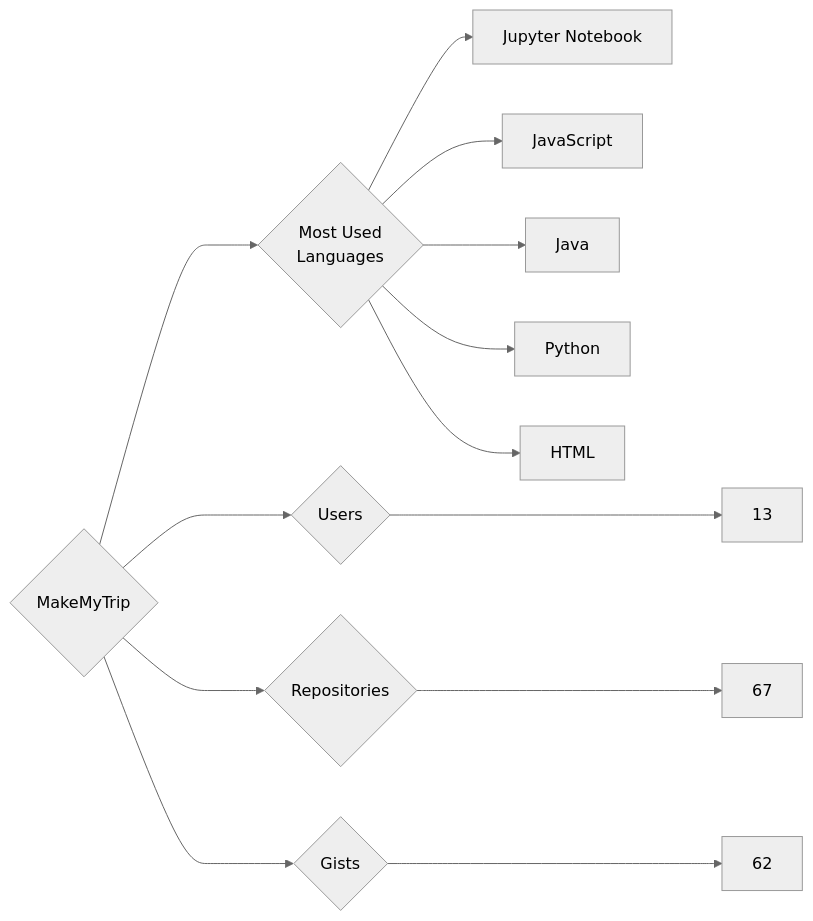
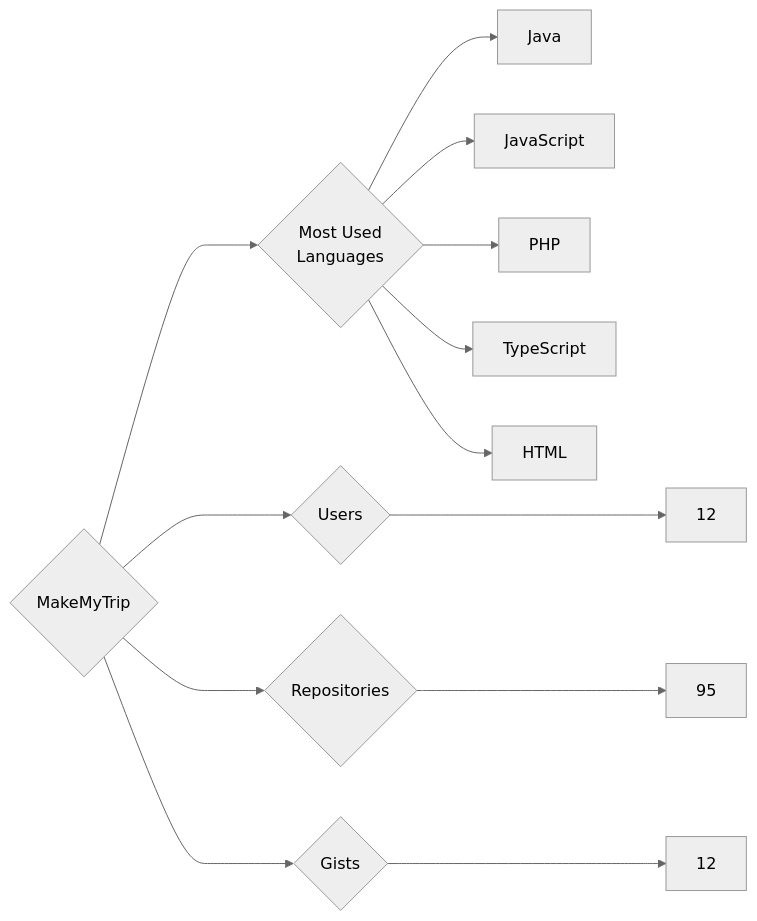
The diagram in targets/MakeMyTrip/README.md (trickest/insiders), drawn with Mermaid (neutral theme) before and after one commit. The commit also changed 1696 other files, not shown here.

````diff
--- a/targets/MakeMyTrip/README.md
+++ b/targets/MakeMyTrip/README.md
@@ -3,13 +3,13 @@
 ```mermaid
 graph LR
 COMPANY_NAME{MakeMyTrip}
-COMPANY_NAME ---> U{Users} ---> UN[13]
-COMPANY_NAME ---> R{Repositories} ---> RN[67]
-COMPANY_NAME ---> G{Gists} ---> GN[62]
+COMPANY_NAME ---> U{Users} ---> UN[12]
+COMPANY_NAME ---> R{Repositories} ---> RN[95]
+COMPANY_NAME ---> G{Gists} ---> GN[12]
 COMPANY_NAME ---> ML{Most Used<br>Languages}
-ML --> Jupyter_Notebook[Jupyter Notebook]
+ML --> Java[Java]
 ML --> JavaScript[JavaScript]
-ML --> Java[Java]
-ML --> Python[Python]
+ML --> PHP[PHP]
+ML --> TypeScript[TypeScript]
 ML --> HTML[HTML]
 ```
````
